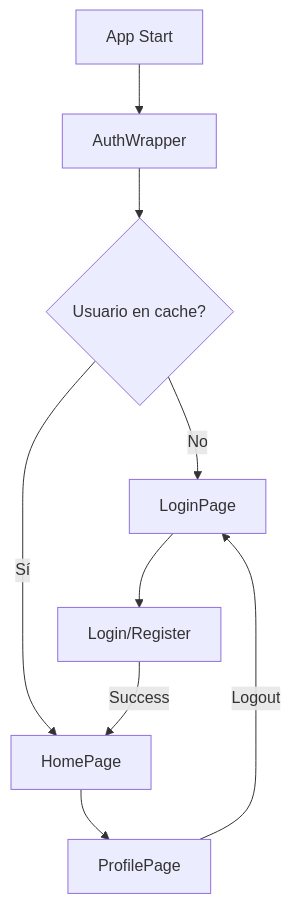
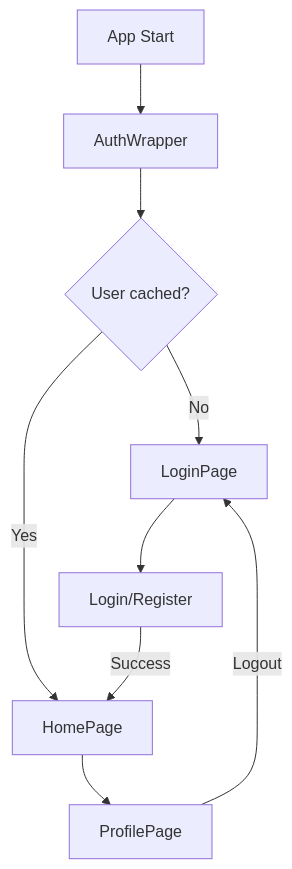
Before and after one commit to juansuarez-pragma/ruta_flutter_f5_ecommerce: the diagram in README.md, drawn with Mermaid. The commit also changed other lines of this file and 68 other files, not shown here.

````diff
--- a/README.md
+++ b/README.md
@@ -190,11 +190,11 @@
 ```mermaid
 graph TD
     A[App Start] --> B[AuthWrapper]
-    B --> C{Usuario en cache?}
+    B --> C{User cached?}
     C -->|No| D[LoginPage]
-    C -->|Sí| E[HomePage]
+    C -->|Yes| E[HomePage]
     D --> F[Login/Register]
     F -->|Success| E
     E --> G[ProfilePage]
     G -->|Logout| D
 ```
````
